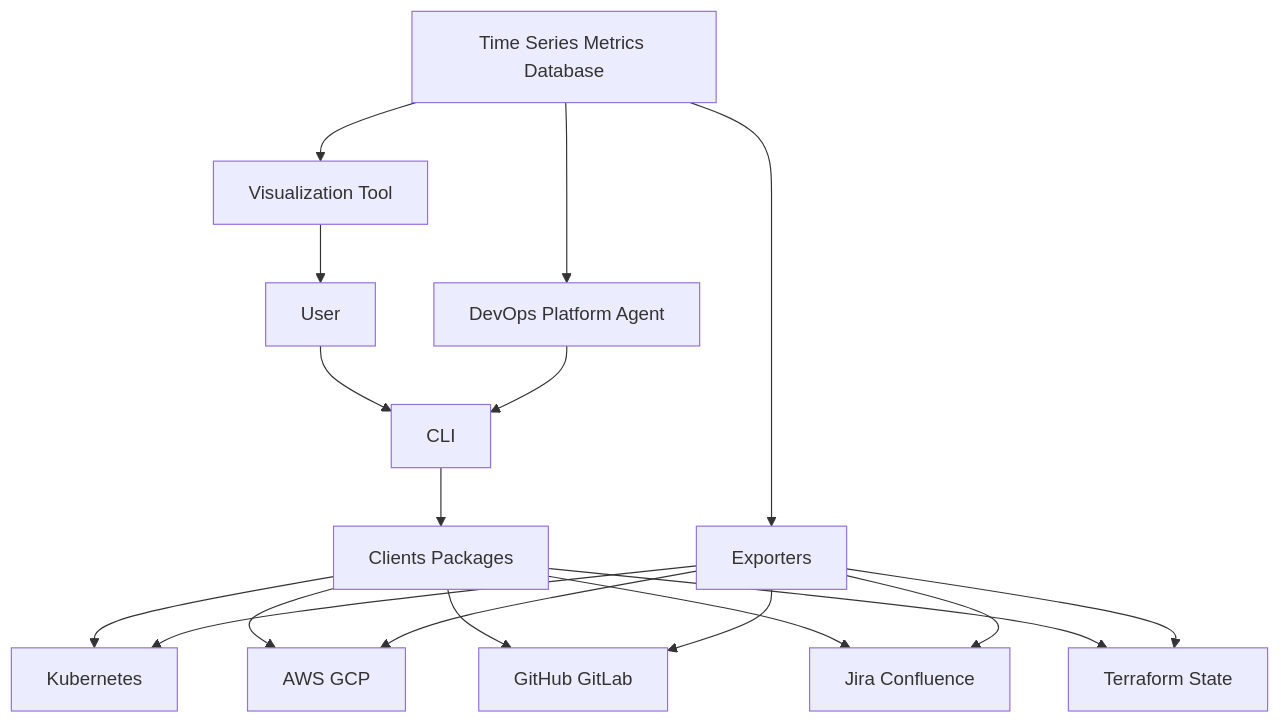
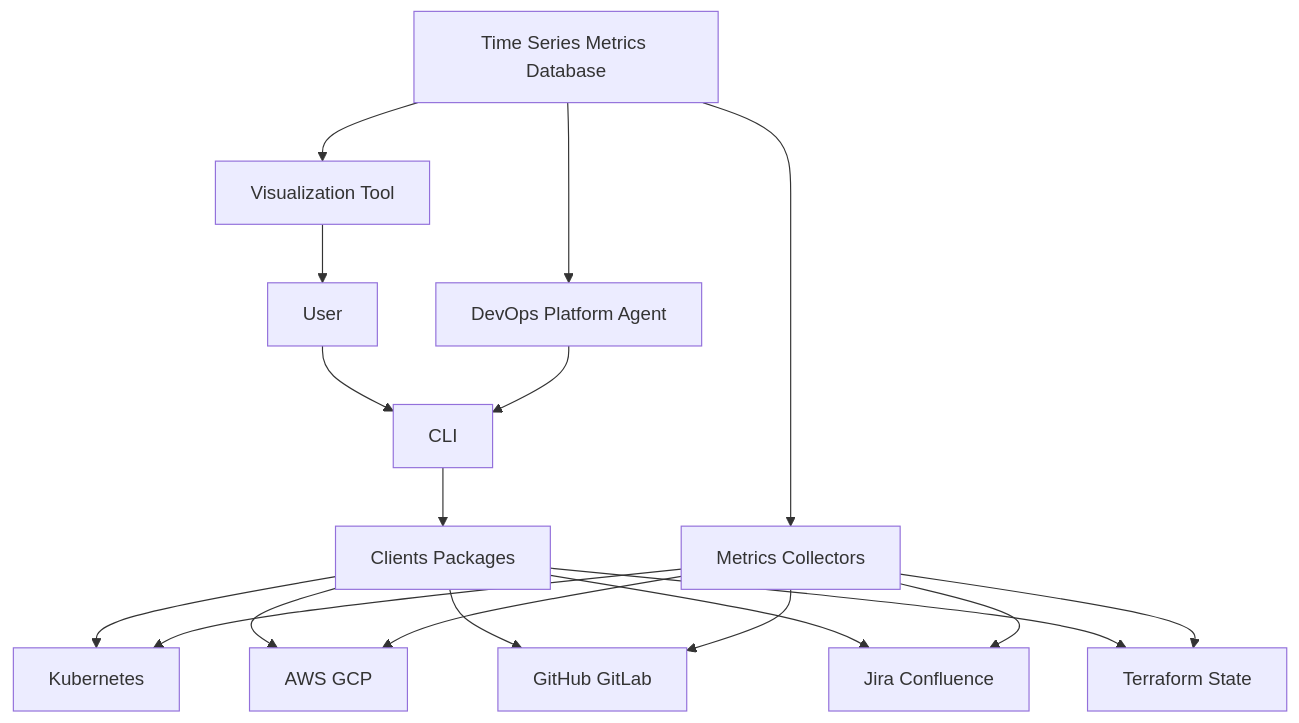
Before and after one commit to hazemataya94/hape-overview: the diagram in Architecture.md, drawn with Mermaid. The commit also changed other lines of this file, not shown here.

Commit message:
update architecture

````diff
--- a/Architecture.md
+++ b/Architecture.md
@@ -69,20 +67,20 @@
 ```mermaid
 graph TD
   U[User] --> CLI[CLI]
   AG[DevOps Platform Agent] --> CLI
   CLI --> CP[Clients Packages]
-  P[Time Series Metrics Database] --> EXP[Exporters]
+  P[Time Series Metrics Database] --> EXP[Metrics Collectors]
   P --> G[Visualization Tool]
   CP --> K[Kubernetes]
   CP --> CLOUD[AWS GCP]
   CP --> VCS[GitHub GitLab]
   CP --> WM[Jira Confluence]
   CP --> TF[Terraform State]
   EXP --> K
   EXP --> CLOUD
   EXP --> VCS
   EXP --> WM
   EXP --> TF
   G --> U
   P --> AG
 ```
````
